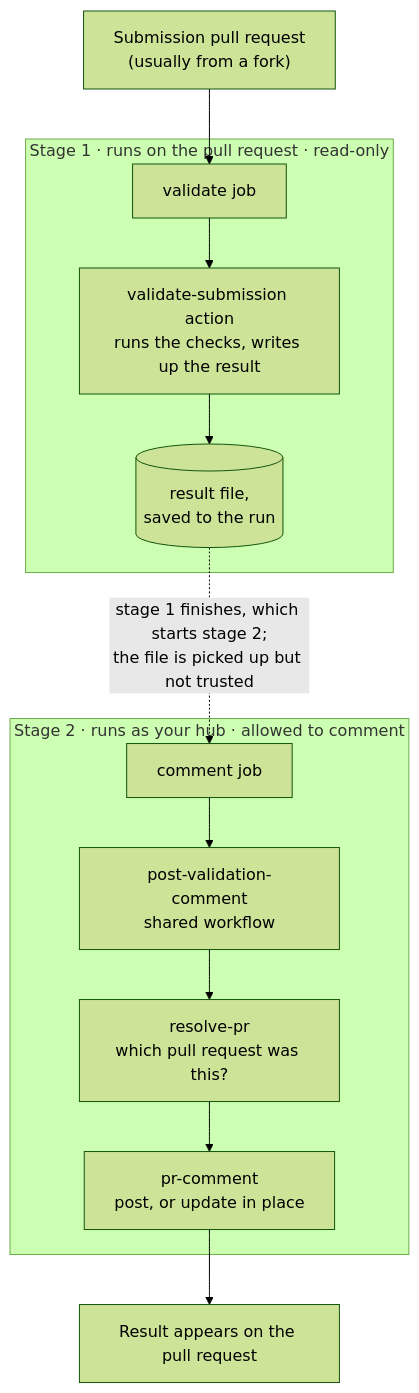
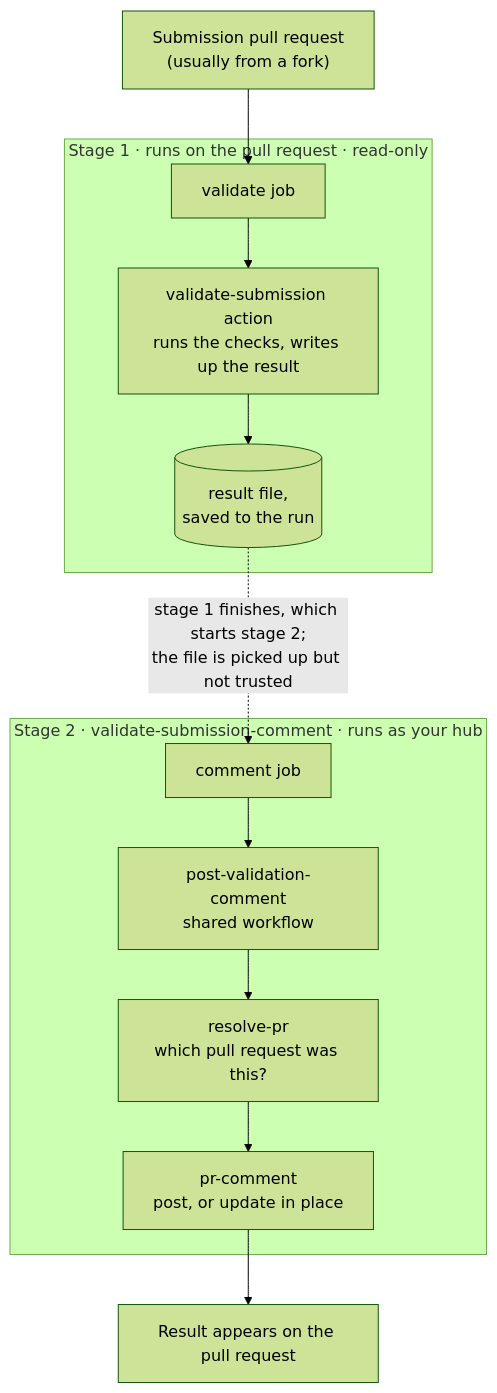
Before and after one commit to hubverse-org/hubverse-actions: the diagram in validate-submission/README.md, drawn with Mermaid (forest theme). The commit also changed other lines of this file and 17 other files, not shown here.

````diff
--- a/validate-submission/README.md
+++ b/validate-submission/README.md
@@ -48,23 +52,23 @@
 ```mermaid
 flowchart TB
     A["Submission pull request<br/>(usually from a fork)"]
 
     subgraph s1["Stage 1 · runs on the pull request · read-only"]
         B["validate job"]
         C["validate-submission action<br/>runs the checks, writes up the result"]
         D[("result file,<br/>saved to the run")]
         B --> C --> D
     end
 
-    subgraph s2["Stage 2 · runs as your hub · allowed to comment"]
+    subgraph s2["Stage 2 · validate-submission-comment · runs as your hub"]
         E["comment job"]
         F["post-validation-comment<br/>shared workflow"]
         G["resolve-pr<br/>which pull request was this?"]
         H["pr-comment<br/>post, or update in place"]
         E --> F --> G --> H
     end
 
     A --> B
     D -. "stage 1 finishes, which starts stage 2;<br/>the file is picked up but not trusted" .-> E
     H --> I["Result appears on the pull request"]
 ```
````
